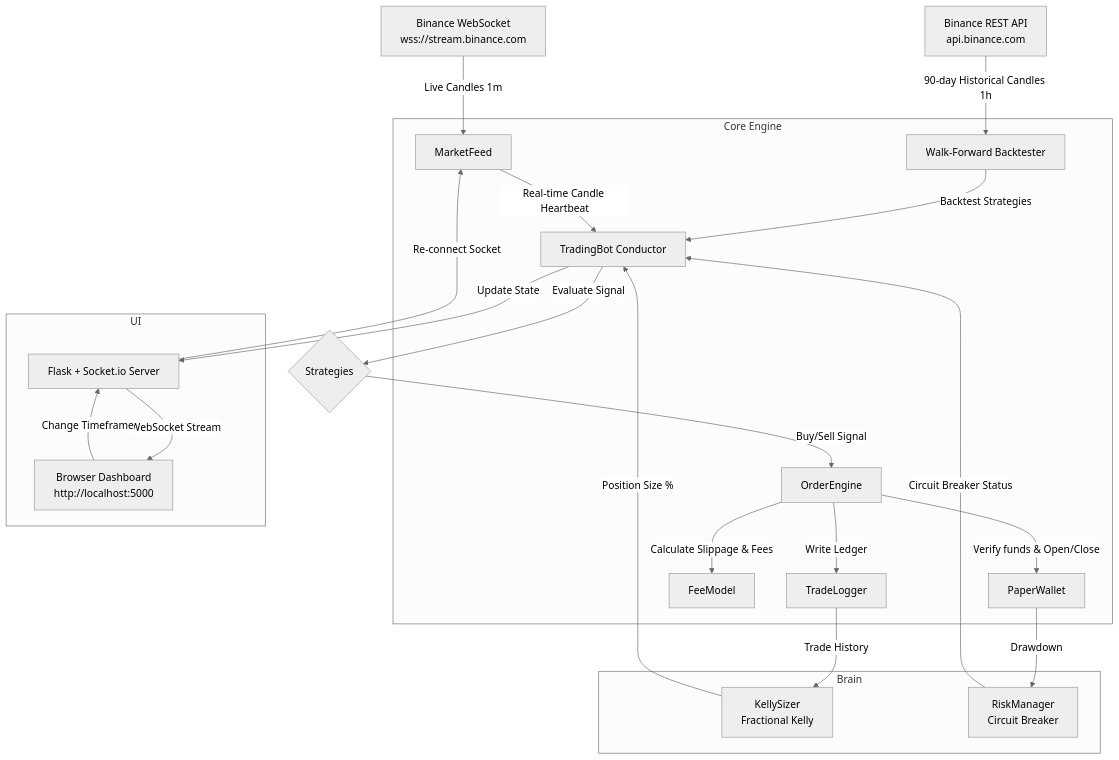
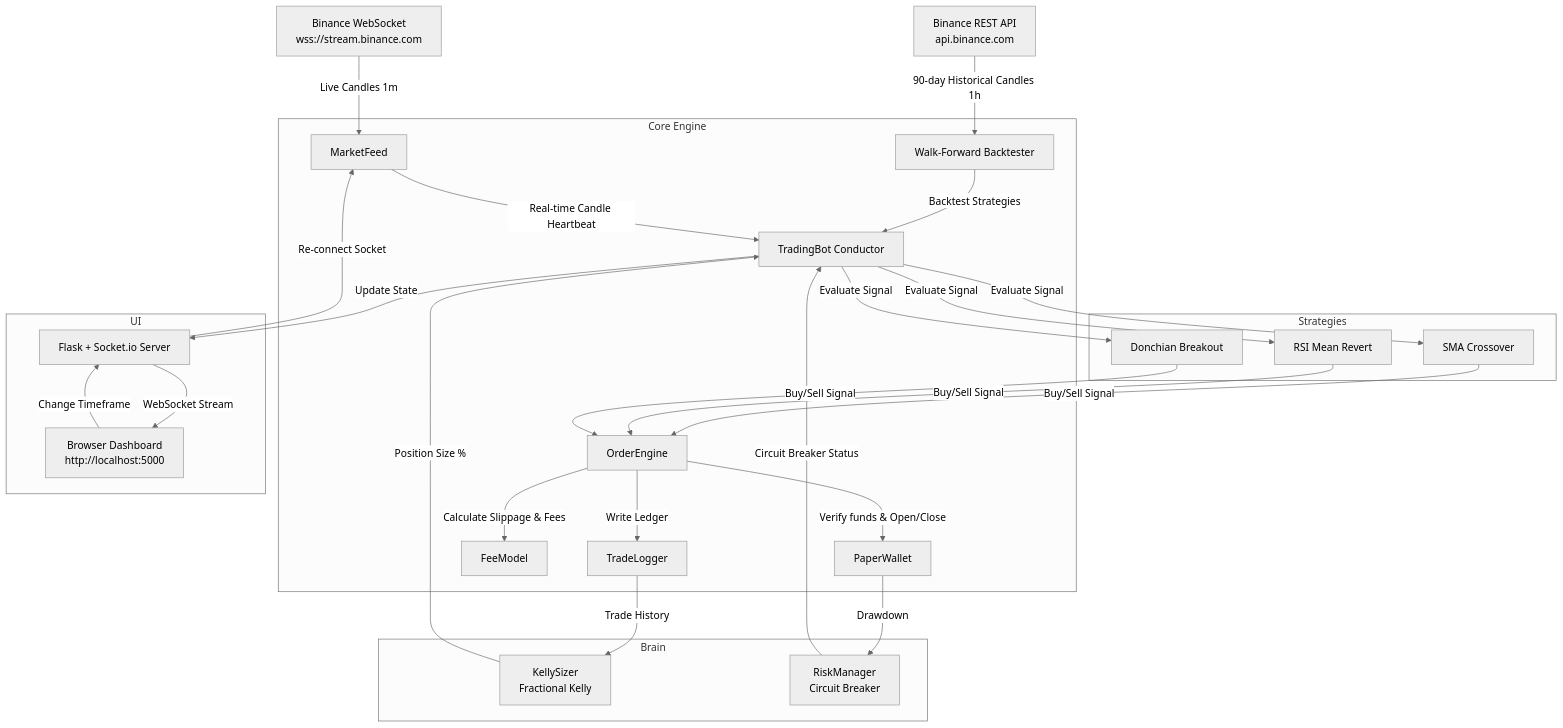
Before and after one commit to shiyan0x/zenith-trading-bot: the first of 2 diagrams in program_analysis.md, drawn with Mermaid (neutral theme). The commit also changed other lines of this file and 22 other files, not shown here.

````diff
--- a/program_analysis.md
+++ b/program_analysis.md
@@ -13,49 +22,56 @@
 ```mermaid
 graph TD
     %% Data Sources
     BinanceWS[Binance WebSocket <br> wss://stream.binance.com] -->|Live Candles 1m| MarketFeed
     BinanceREST[Binance REST API <br> api.binance.com] -->|90-day Historical Candles 1h| Backtester
     
     %% Core Engine
     subgraph Core Engine
         MarketFeed[MarketFeed]
         Backtester[Walk-Forward Backtester]
         TradingBot[TradingBot Conductor]
         OrderEngine[OrderEngine]
         PaperWallet[PaperWallet]
         FeeModel[FeeModel]
         TradeLogger[TradeLogger]
     end
     
     %% Brain
     subgraph Brain
         KellySizer[KellySizer <br> Fractional Kelly]
         RiskManager[RiskManager <br> Circuit Breaker]
     end
     
+    %% Strategies
+    subgraph Strategies
+        SMA[SMA Crossover]
+        RSI[RSI Mean Revert]
+        BRK[Donchian Breakout]
+    end
+    
     %% Dashboard
     subgraph UI
         FlaskServer[Flask + Socket.io Server]
         BrowserDashboard[Browser Dashboard <br> http://localhost:5000]
     end
 
     %% Flow
     Backtester -->|Backtest Strategies| TradingBot
     MarketFeed -->|Real-time Candle Heartbeat| TradingBot
-    TradingBot -->|Evaluate Signal| Strategies{Strategies}
+    TradingBot -->|Evaluate Signal| SMA & RSI & BRK
     
-    Strategies -->|Buy/Sell Signal| OrderEngine
+    SMA & RSI & BRK -->|Buy/Sell Signal| OrderEngine
     OrderEngine -->|Calculate Slippage & Fees| FeeModel
     OrderEngine -->|Verify funds & Open/Close| PaperWallet
     OrderEngine -->|Write Ledger| TradeLogger
     
     TradingBot -->|Update State| FlaskServer
     FlaskServer -->|WebSocket Stream| BrowserDashboard
     BrowserDashboard -->|Change Timeframe| FlaskServer
     FlaskServer -->|Re-connect Socket| MarketFeed
     
     PaperWallet -->|Drawdown| RiskManager
     TradeLogger -->|Trade History| KellySizer
     KellySizer -->|Position Size %| TradingBot
     RiskManager -->|Circuit Breaker Status| TradingBot
 ```
````
